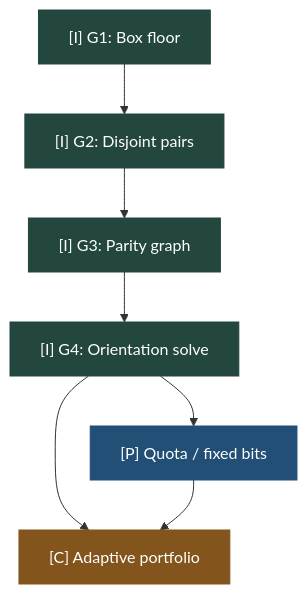
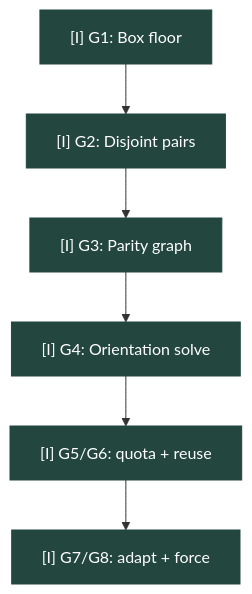
Before and after one commit to ameenalqershi/wow-decision-intelligence: the diagram in docs/research/uadie/diagrams/evolution.mmd, drawn with Mermaid. The commit also changed 14 other files, not shown here.

Commit message:
Integrate G5–G8 proofs, negative results and diagrams into bilingual R3 manuscripts (#236)

```diff
--- a/docs/research/uadie/diagrams/evolution.mmd
+++ b/docs/research/uadie/diagrams/evolution.mmd
@@ -1,18 +1,17 @@
 flowchart TD
   n0["[I] G1: Box floor"]:::I
   n1["[I] G2: Disjoint pairs"]:::I
   n2["[I] G3: Parity graph"]:::I
   n3["[I] G4: Orientation solve"]:::I
-  n4["[P] Quota / fixed bits"]:::P
-  n5["[C] Adaptive portfolio"]:::C
+  n4["[I] G5/G6: quota + reuse"]:::I
+  n5["[I] G7/G8: adapt + force"]:::I
   n0 --> n1
   n1 --> n2
   n2 --> n3
   n3 --> n4
-  n3 --> n5
   n4 --> n5
   classDef I fill:#23463f,color:#fff,stroke:#23463f
   classDef P fill:#224f75,color:#fff,stroke:#224f75
   classDef T fill:#326437,color:#fff,stroke:#326437
   classDef C fill:#83551c,color:#fff,stroke:#83551c
   classDef U fill:#86404a,color:#fff,stroke:#86404a
```
